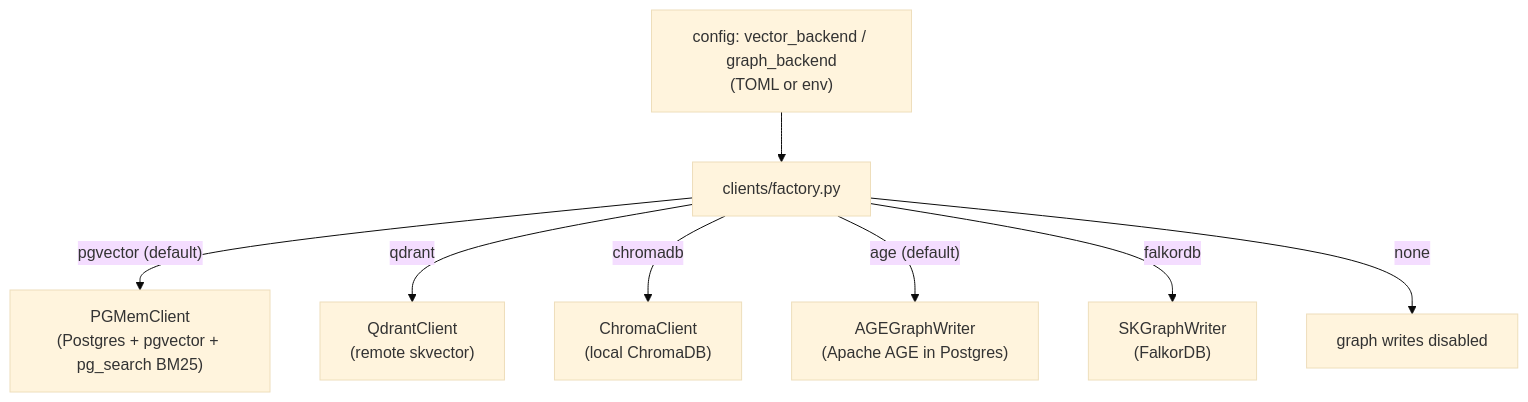
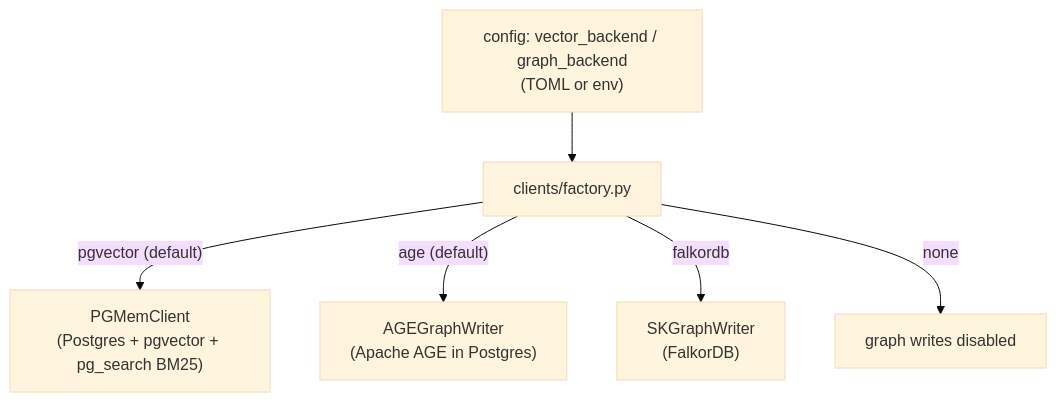
Before and after one commit to smilinTux/skwhisper: the third of 5 diagrams in docs/ARCHITECTURE.md, drawn with Mermaid (base theme). The commit also changed other lines of this file and 17 other files, not shown here.

First line of the commit message:
feat(skwhisper): retire chroma/qdrant, canonical DSN, degraded banner (SKMEM-P0-13, SKMEM-P5-07) (#10)

````diff
--- a/docs/ARCHITECTURE.md
+++ b/docs/ARCHITECTURE.md
@@ -181,10 +179,8 @@
 ```mermaid
 flowchart TD
     CFG["config: vector_backend / graph_backend<br/>(TOML or env)"] --> FAC["clients/factory.py"]
     FAC -->|"pgvector (default)"| PG["PGMemClient<br/>(Postgres + pgvector + pg_search BM25)"]
-    FAC -->|qdrant| QD["QdrantClient<br/>(remote skvector)"]
-    FAC -->|chromadb| CH["ChromaClient<br/>(local ChromaDB)"]
     FAC -->|"age (default)"| AGE["AGEGraphWriter<br/>(Apache AGE in Postgres)"]
     FAC -->|falkordb| FK["SKGraphWriter<br/>(FalkorDB)"]
     FAC -->|none| OFF["graph writes disabled"]
 ```
````
